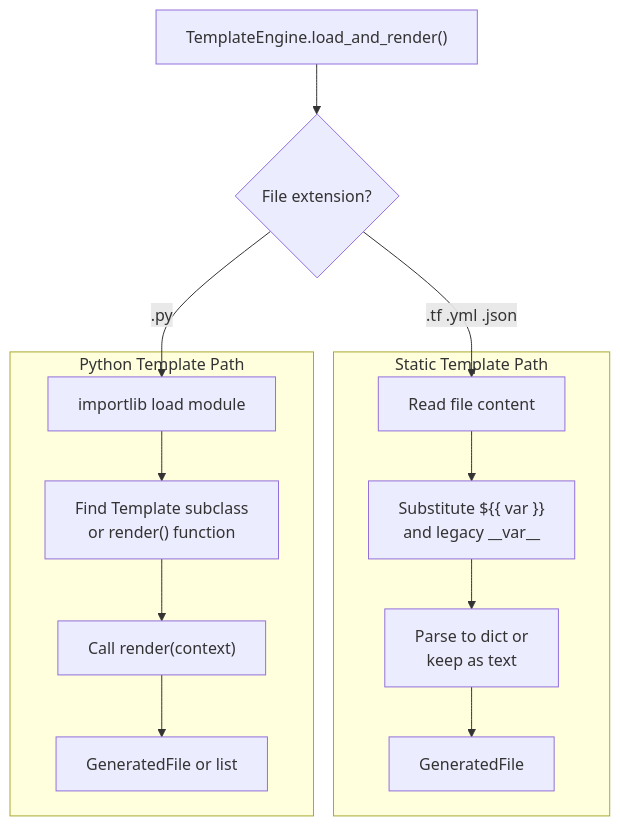
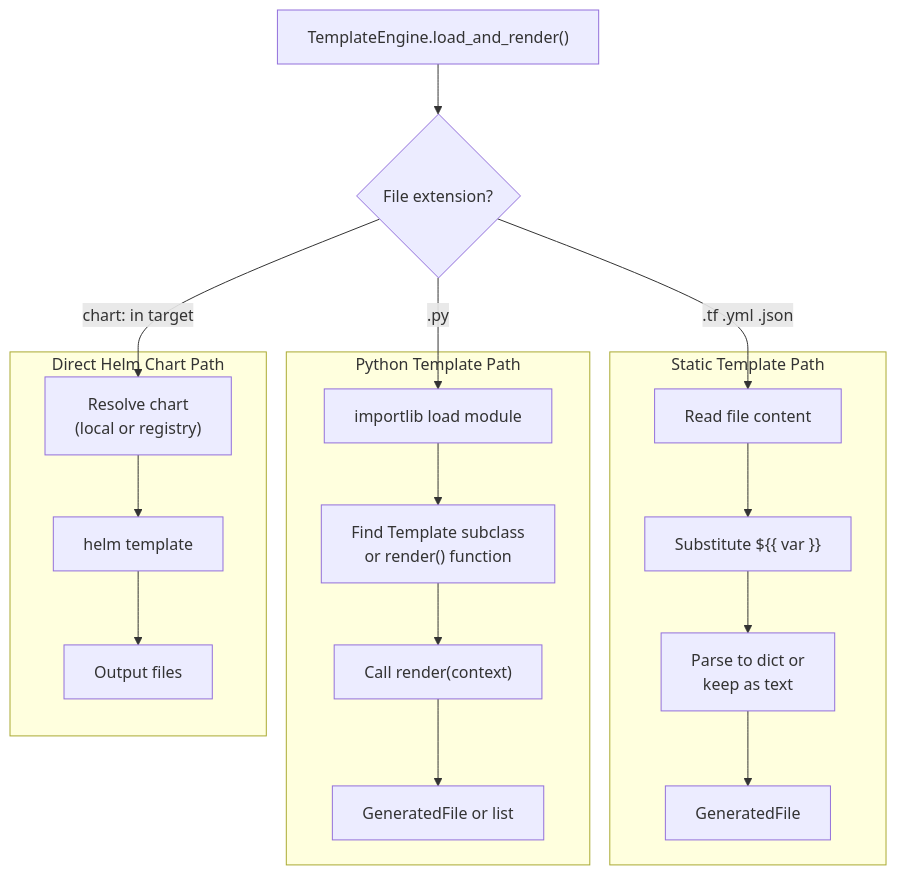
The fourth of 16 diagrams in ARCHITECTURE.md (AgathEmmanuel/geni), drawn with Mermaid before and after one commit. The commit also changed other lines of this file and 46 other files, not shown here.

````diff
--- a/ARCHITECTURE.md
+++ b/ARCHITECTURE.md
@@ -151,25 +151,33 @@
 ```mermaid
 flowchart TD
     Engine["TemplateEngine.load_and_render()"]
     Check{File extension?}
 
     subgraph Static ["Static Template Path"]
         Read["Read file content"]
-        Sub["Substitute ${{ var }}<br/>and legacy __var__"]
+        Sub["Substitute ${{ var }}"]
         Parse["Parse to dict or<br/>keep as text"]
         GF1["GeneratedFile"]
         Read --> Sub --> Parse --> GF1
     end
 
     subgraph Python ["Python Template Path"]
         Import["importlib load module"]
         Find["Find Template subclass<br/>or render() function"]
         Exec["Call render(context)"]
         GF2["GeneratedFile or list"]
         Import --> Find --> Exec --> GF2
     end
 
+    subgraph HelmDirect ["Direct Helm Chart Path"]
+        Resolve["Resolve chart<br/>(local or registry)"]
+        HelmTemplate["helm template"]
+        Files["Output files"]
+        Resolve --> HelmTemplate --> Files
+    end
+
     Engine --> Check
     Check -->|.tf .yml .json| Read
     Check -->|.py| Import
+    Check -->|chart: in target| Resolve
 ```
````
